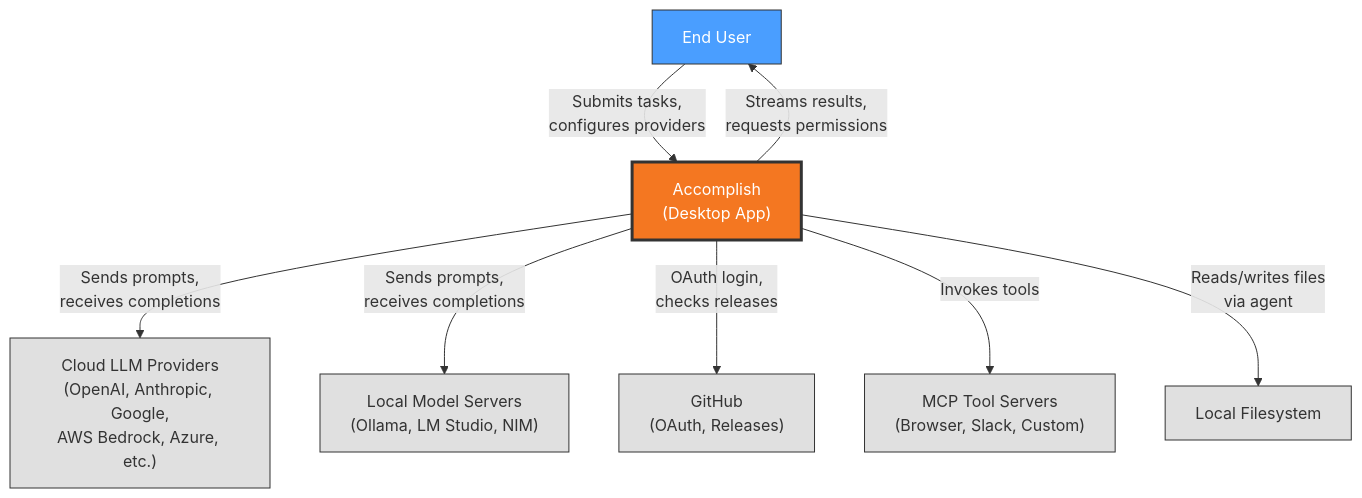
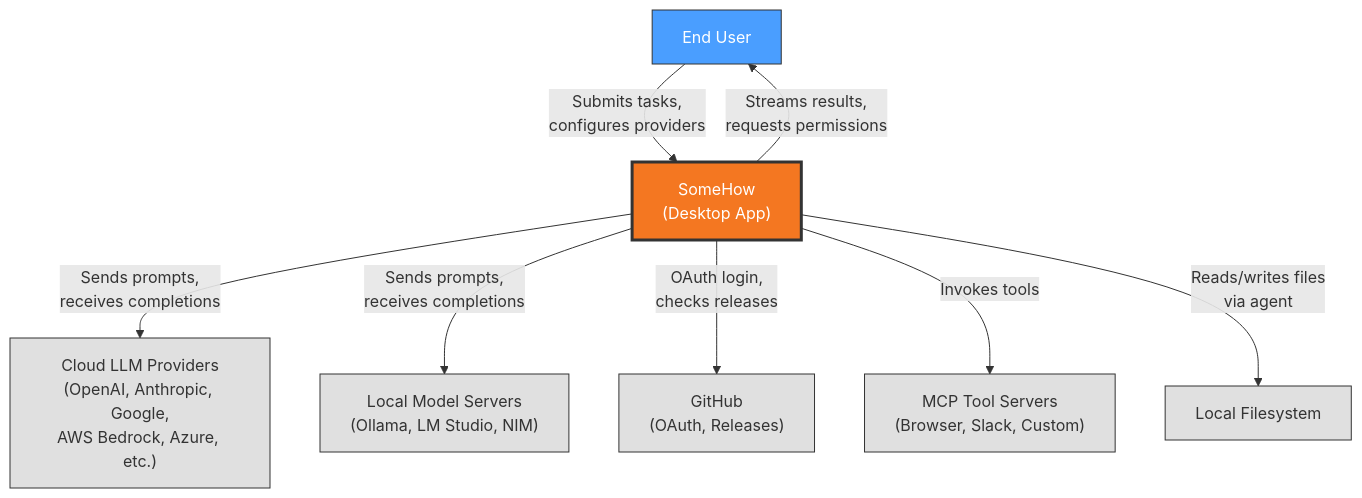
One commit to its-harshit/openplish changed the first of 5 diagrams in AD.md. Above: the diagram before and after it, drawn with Mermaid. The commit also changed other lines of this file and 148 other files, not shown here.

````diff
--- a/AD.md
+++ b/AD.md
@@ -91,28 +91,28 @@
 ```mermaid
 graph TD
     User["End User"]
 
-    System["Accomplish<br/>(Desktop App)"]
+    System["SomeHow<br/>(Desktop App)"]
 
     CloudLLM["Cloud LLM Providers<br/>(OpenAI, Anthropic, Google,<br/>AWS Bedrock, Azure, etc.)"]
     LocalLLM["Local Model Servers<br/>(Ollama, LM Studio, NIM)"]
     GitHub["GitHub<br/>(OAuth, Releases)"]
     MCPServers["MCP Tool Servers<br/>(Browser, Slack, Custom)"]
     Filesystem["Local Filesystem"]
 
     User -->|"Submits tasks,<br/>configures providers"| System
     System -->|"Streams results,<br/>requests permissions"| User
     System -->|"Sends prompts,<br/>receives completions"| CloudLLM
     System -->|"Sends prompts,<br/>receives completions"| LocalLLM
     System -->|"OAuth login,<br/>checks releases"| GitHub
     System -->|"Invokes tools"| MCPServers
     System -->|"Reads/writes files<br/>via agent"| Filesystem
 
     classDef systemNode fill:#f47721,stroke:#333,stroke-width:3px,color:#fff
     classDef stakeholderNode fill:#4a9eff,stroke:#333,stroke-width:1px,color:#fff
     classDef externalNode fill:#e0e0e0,stroke:#333,stroke-width:1px
 
     class System systemNode
     class User stakeholderNode
     class CloudLLM,LocalLLM,GitHub,MCPServers,Filesystem externalNode
 ```
````
